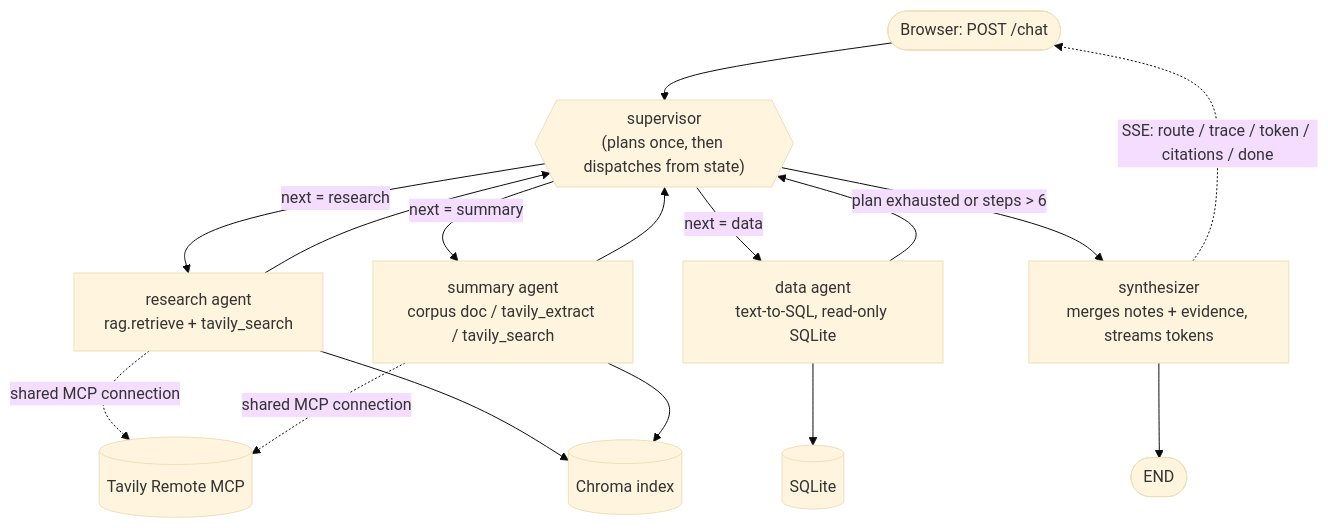
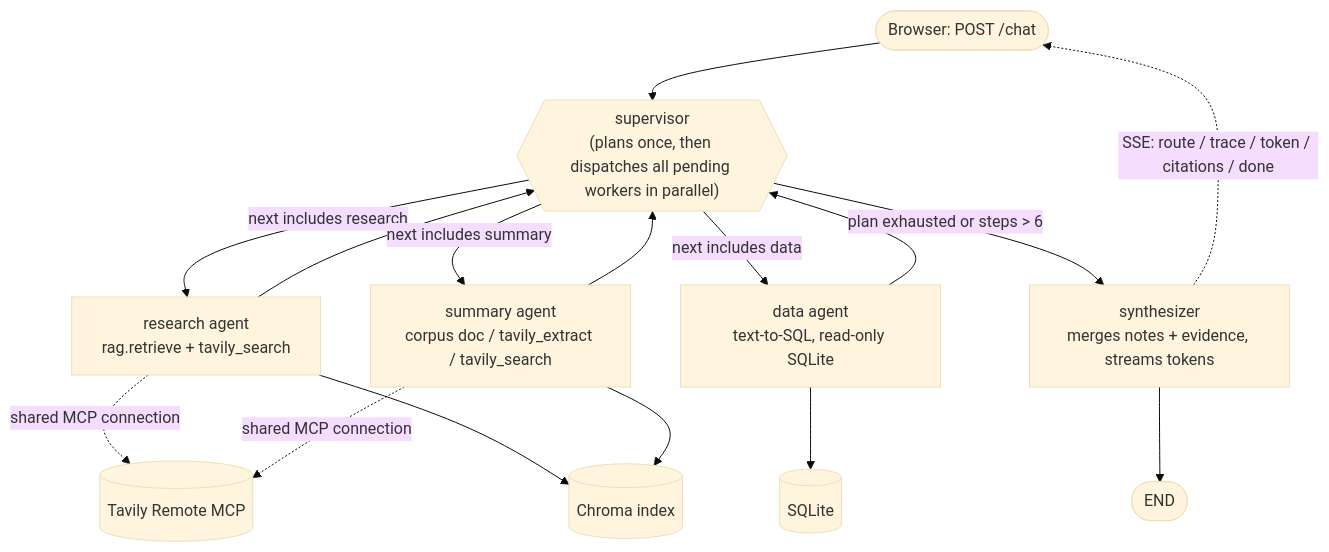
One commit to Sujendra-23/multi-agent-rag changed the diagram in docs/architecture.md. Above: the diagram before and after it, drawn with Mermaid (base theme). The commit also changed other lines of this file and 2 other files, not shown here.

Commit message:
Run planned workers in parallel; fix data agent on multi-part questions

````diff
--- a/docs/architecture.md
+++ b/docs/architecture.md
@@ -7,19 +7,19 @@
 ```mermaid
 flowchart TD
     U([Browser: POST /chat]) --> S
-    S{{"supervisor<br/>(plans once, then dispatches from state)"}}
-    S -->|next = research| R["research agent<br/>rag.retrieve + tavily_search"]
-    S -->|next = summary| M["summary agent<br/>corpus doc / tavily_extract / tavily_search"]
-    S -->|next = data| D["data agent<br/>text-to-SQL, read-only SQLite"]
+    S{{"supervisor<br/>(plans once, then dispatches all pending workers in parallel)"}}
+    S -->|next includes research| R["research agent<br/>rag.retrieve + tavily_search"]
+    S -->|next includes summary| M["summary agent<br/>corpus doc / tavily_extract / tavily_search"]
+    S -->|next includes data| D["data agent<br/>text-to-SQL, read-only SQLite"]
     R --> S
     M --> S
     D --> S
     S -->|plan exhausted or steps &gt; 6| Y["synthesizer<br/>merges notes + evidence, streams tokens"]
     Y --> E([END])
     Y -. SSE: route / trace / token / citations / done .-> U
     R -. shared MCP connection .-> T[(Tavily Remote MCP)]
     M -. shared MCP connection .-> T
     R --> V[(Chroma index)]
     M --> V
     D --> Q[(SQLite)]
 ```
````
